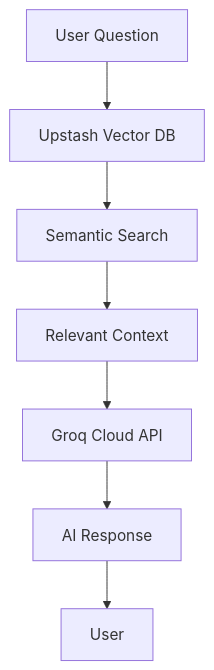
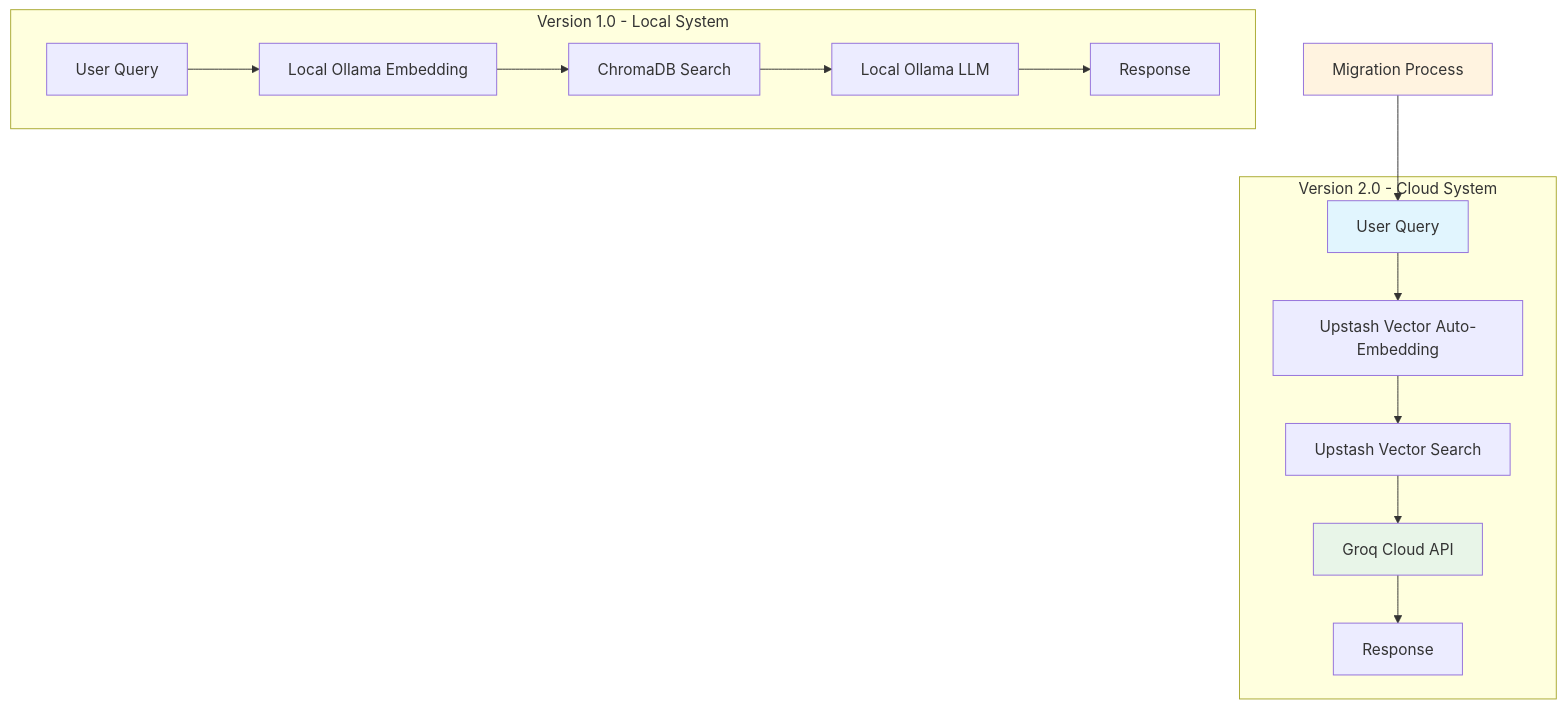
Before and after one commit to Jasha9/ragfood: the diagram in README.md, drawn with Mermaid. The commit also changed other lines of this file, not shown here.

First line of the commit message:
Complete README.md rewrite: Professional cloud migration showcase

````diff
--- a/README.md
+++ b/README.md
@@ -182,9 +18,22 @@
 ```mermaid
-graph TD
-    A[User Question] --> B[Upstash Vector DB]
-    B --> C[Semantic Search]
-    C --> D[Relevant Context]
-    D --> E[Groq Cloud API]
-    E --> F[AI Response]
-    F --> G[User]
+graph TB
+    subgraph "Version 1.0 - Local System"
+        A1[User Query] --> B1[Local Ollama Embedding]
+        B1 --> C1[ChromaDB Search]
+        C1 --> D1[Local Ollama LLM]
+        D1 --> E1[Response]
+    end
+    
+    subgraph "Version 2.0 - Cloud System"
+        A2[User Query] --> B2[Upstash Vector Auto-Embedding]
+        B2 --> C2[Upstash Vector Search]
+        C2 --> D2[Groq Cloud API]
+        D2 --> E2[Response]
+    end
+    
+    F[Migration Process] --> A2
+    
+    style A2 fill:#e1f5fe
+    style D2 fill:#e8f5e8
+    style F fill:#fff3e0
 ```
````
